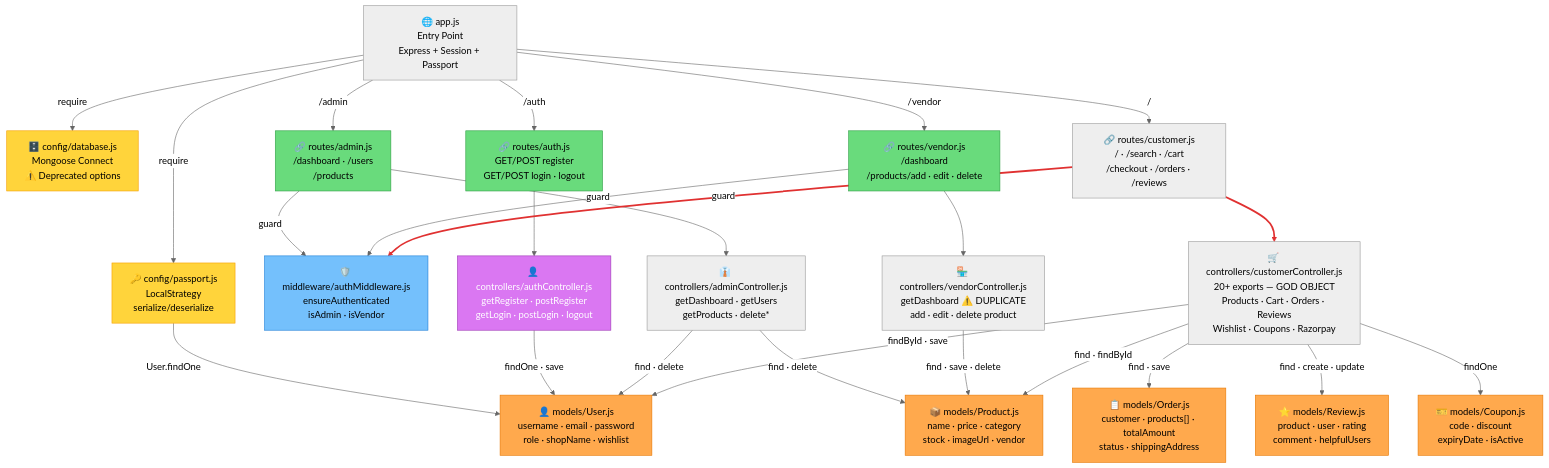
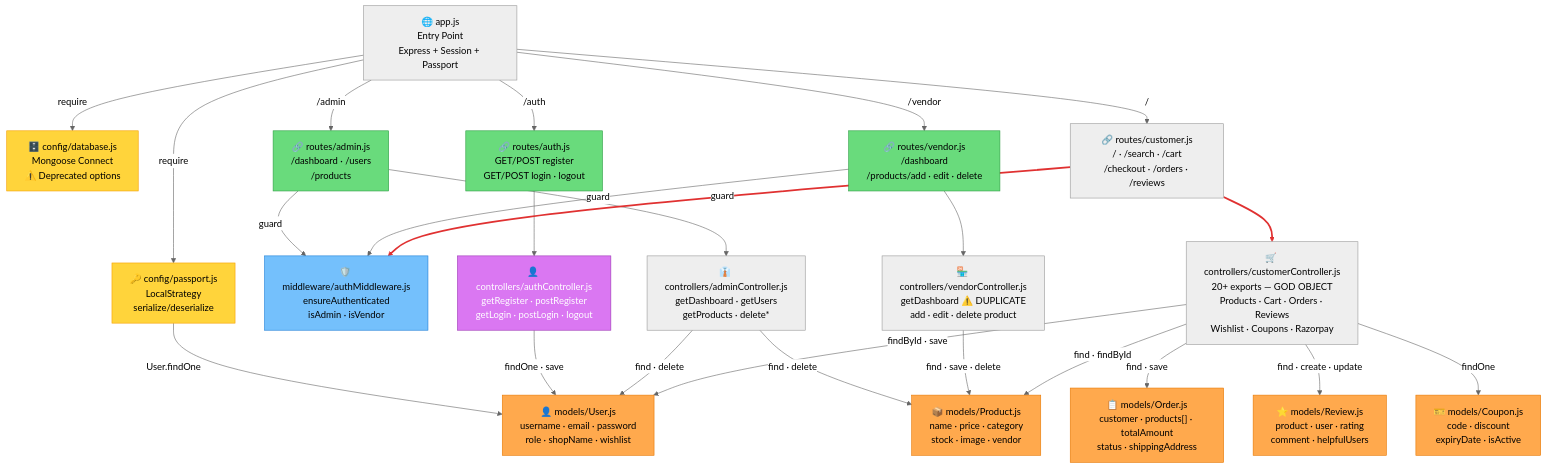
The first of 5 diagrams in GRAPHIFY_GRAPH.md (zero2006-lightnight/Multivendor-mini-project), drawn with Mermaid (neutral theme) before and after one commit. The commit also changed 39 other files, not shown here.

```diff
--- a/GRAPHIFY_GRAPH.md
+++ b/GRAPHIFY_GRAPH.md
@@ -49,7 +49,7 @@
 
     %% === MODELS ===
     mUser["👤 models/User.js<br/>username · email · password<br/>role · shopName · wishlist"]
-    mProduct["📦 models/Product.js<br/>name · price · category<br/>stock · imageUrl · vendor"]
+    mProduct["📦 models/Product.js<br/>name · price · category<br/>stock · image · vendor"]
     mOrder["📋 models/Order.js<br/>customer · products[] · totalAmount<br/>status · shippingAddress"]
     mReview["⭐ models/Review.js<br/>product · user · rating<br/>comment · helpfulUsers"]
     mCoupon["🎫 models/Coupon.js<br/>code · discount<br/>expiryDate · isActive"]
```
